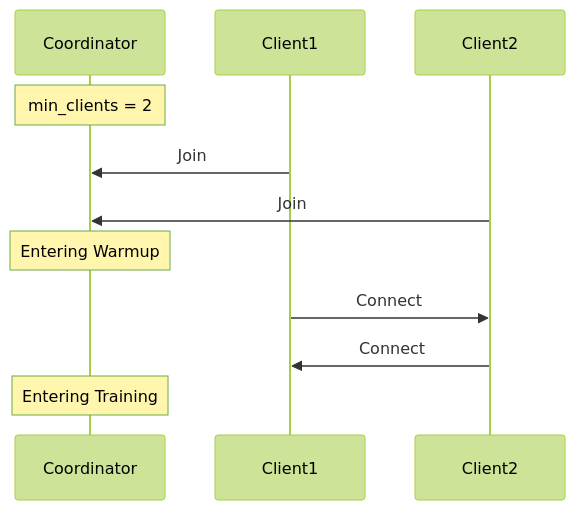
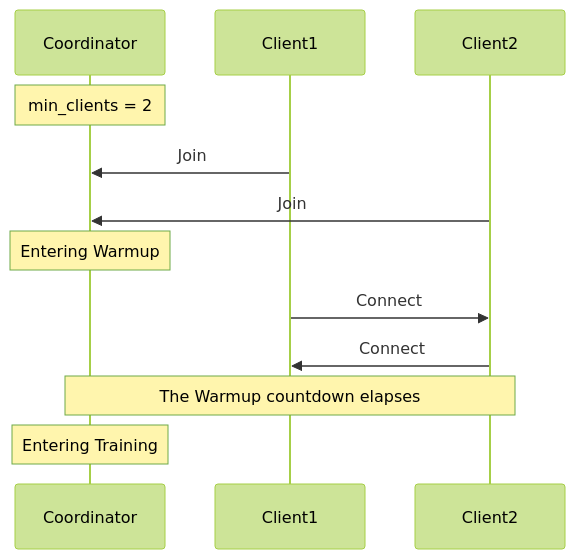
The second of 3 diagrams in psyche-book/src/how-it-works.md (vernvriereen/psyche), drawn with Mermaid (forest theme) before and after one commit. The commit also changed other lines of this file, not shown here.

````diff
--- a/psyche-book/src/how-it-works.md
+++ b/psyche-book/src/how-it-works.md
@@ -51,10 +53,11 @@
 ```mermaid
 sequenceDiagram
     Note over Coordinator: min_clients = 2
     Client1->>Coordinator: Join
     Client2->>Coordinator: Join
     Note over Coordinator: Entering Warmup
     Client1->>Client2: Connect
     Client2->>Client1: Connect
+    Note over Client2,Coordinator: The Warmup countdown elapses
     Note over Coordinator: Entering Training
 ```
````
